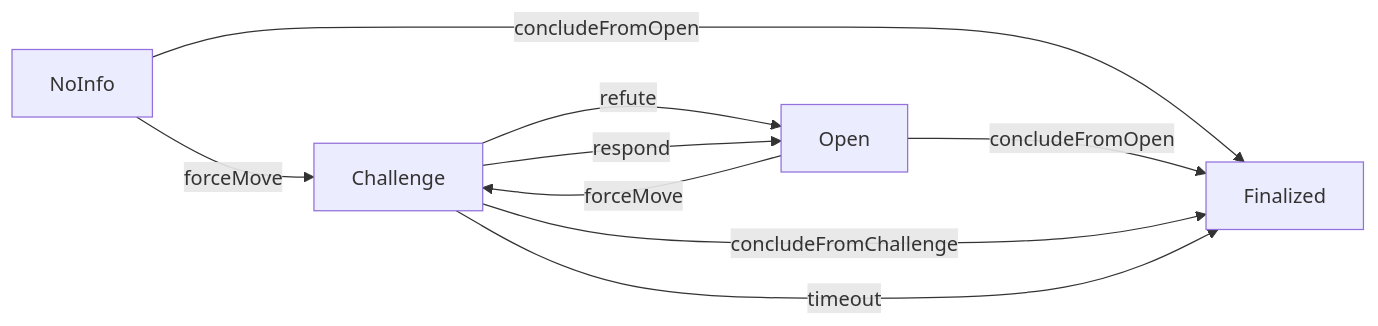
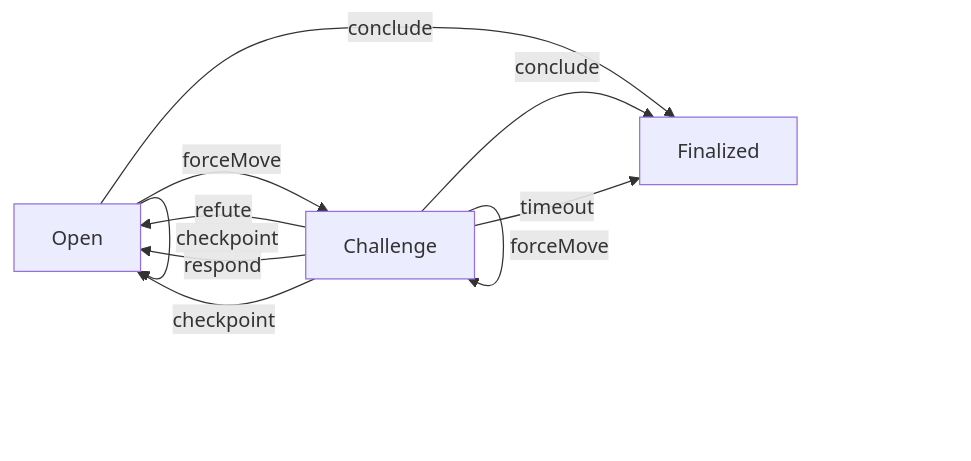
The diagram in new-packages/nitro-protocol/docs/adjudicator/channel-storage.md (statechannels/statechannels), drawn with Mermaid before and after one commit. The commit also changed other lines of this file, not shown here.

```diff
--- a/new-packages/nitro-protocol/docs/adjudicator/channel-storage.md
+++ b/new-packages/nitro-protocol/docs/adjudicator/channel-storage.md
@@ -49,12 +42,13 @@
 <div class="mermaid">
 graph LR
 linkStyle default interpolate basis
-NoInfo-->|forceMove| Challenge
-NoInfo-->|concludeFromOpen| Finalized
-Open-->|concludeFromOpen| Finalized
-Open-->|forceMove| Challenge
-Challenge-->|concludeFromChallenge| Finalized
+Open -->|forceMove| Challenge
+Open -->|checkpoint| Open
+Open-->|conclude| Finalized
+Challenge-->|forceMove| Challenge
 Challenge-->|refute| Open
 Challenge-->|respond| Open
+Challenge-->|checkpoint| Open
+Challenge-->|conclude| Finalized
 Challenge-->|timeout| Finalized
 </div>
```
